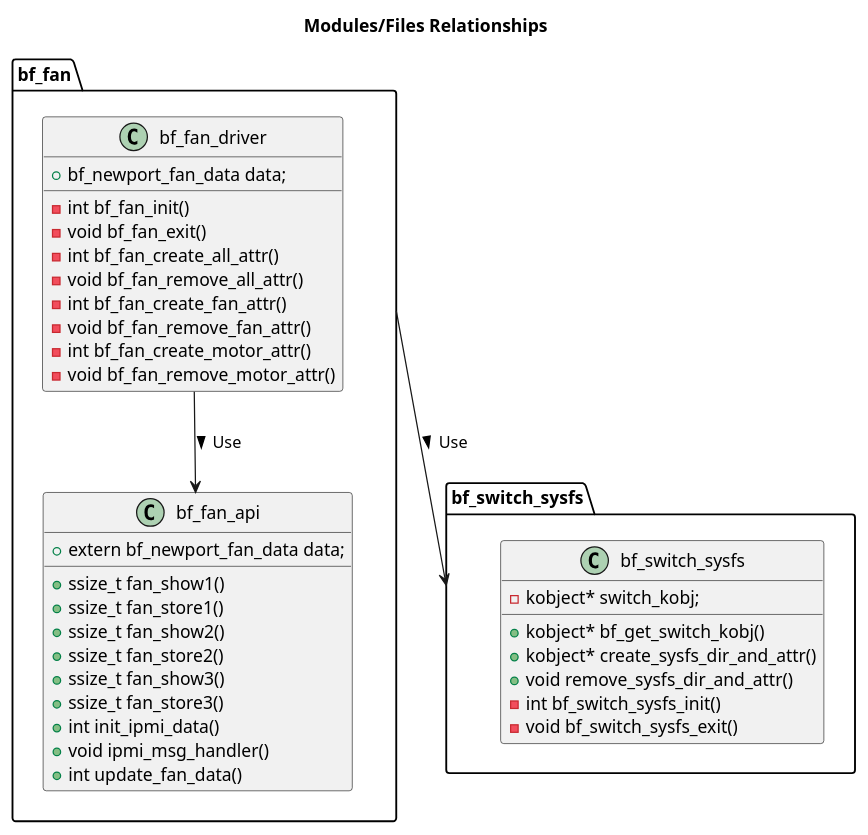
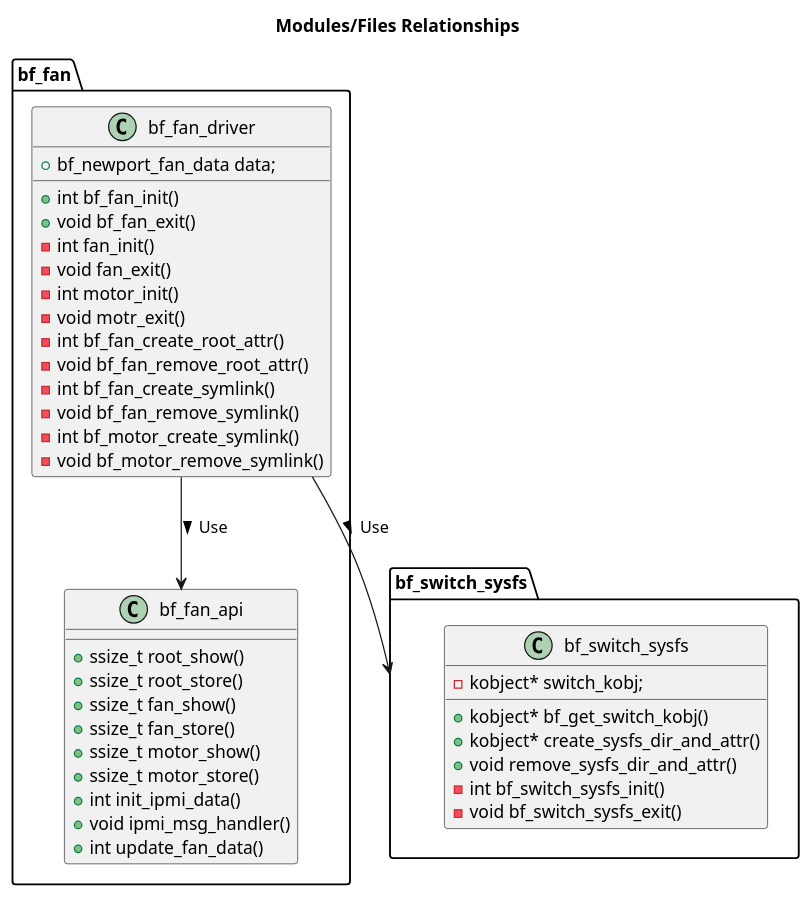
Before and after one commit to vinaykumar-kayyur/sonic-buildimage: the diagram in platform/barefoot/sonic-platform-modules-bfn-newport/modules/switch_interface/switch_interface.plantuml, drawn with PlantUML.

Commit message:
Update arch diagram according to latest impl

```diff
--- a/platform/barefoot/sonic-platform-modules-bfn-newport/modules/switch_interface/switch_interface.plantuml
+++ b/platform/barefoot/sonic-platform-modules-bfn-newport/modules/switch_interface/switch_interface.plantuml
@@ -1,46 +1,49 @@
 @startuml
 
 title Modules/Files Relationships
 
 package bf_switch_sysfs{
   class bf_switch_sysfs {
     -kobject* switch_kobj;
     +kobject* bf_get_switch_kobj()
     +kobject* create_sysfs_dir_and_attr()
     +void remove_sysfs_dir_and_attr()
     -int bf_switch_sysfs_init()
     -void bf_switch_sysfs_exit()
   }
 }
 
 package bf_fan{
   class bf_fan_driver {
     +bf_newport_fan_data data;
-    -int bf_fan_init()
-    -void bf_fan_exit()
-    -int bf_fan_create_all_attr()
-    -void bf_fan_remove_all_attr()
-    -int bf_fan_create_fan_attr()
-    -void bf_fan_remove_fan_attr()
-    -int bf_fan_create_motor_attr()
-    -void bf_fan_remove_motor_attr()
+    +int bf_fan_init()
+    +void bf_fan_exit()
+    -int fan_init()
+    -void fan_exit()
+    -int motor_init()
+    -void motr_exit()
+    -int bf_fan_create_root_attr()
+    -void bf_fan_remove_root_attr()
+    -int bf_fan_create_symlink()
+    -void bf_fan_remove_symlink()
+    -int bf_motor_create_symlink()
+    -void bf_motor_remove_symlink()
   }
 
   class bf_fan_api{
-    +extern bf_newport_fan_data data;
-    +ssize_t fan_show1()
-    +ssize_t fan_store1()
-    +ssize_t fan_show2()
-    +ssize_t fan_store2()
-    +ssize_t fan_show3()
-    +ssize_t fan_store3()
+    +ssize_t root_show()
+    +ssize_t root_store()
+    +ssize_t fan_show()
+    +ssize_t fan_store()
+    +ssize_t motor_show()
+    +ssize_t motor_store()
     +int init_ipmi_data()
     +void ipmi_msg_handler()
     +int update_fan_data()
   }
 }
 
-bf_fan --> bf_switch_sysfs : Use >
+bf_fan_driver --> bf_switch_sysfs : Use >
 bf_fan_driver --> bf_fan_api : Use >
 
 @enduml
```
